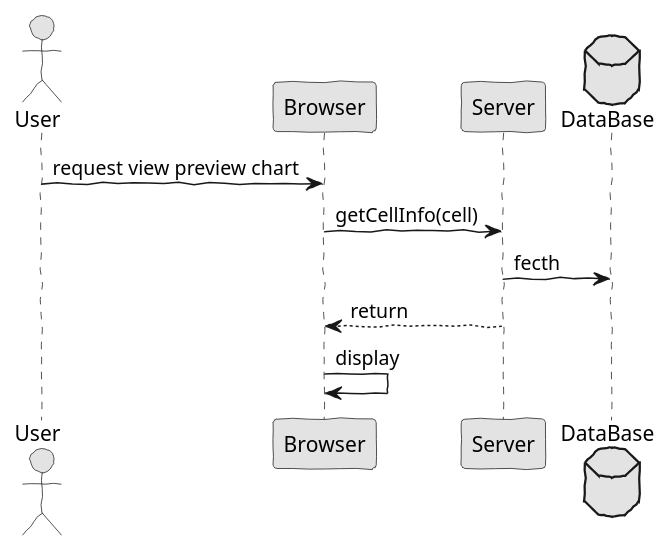
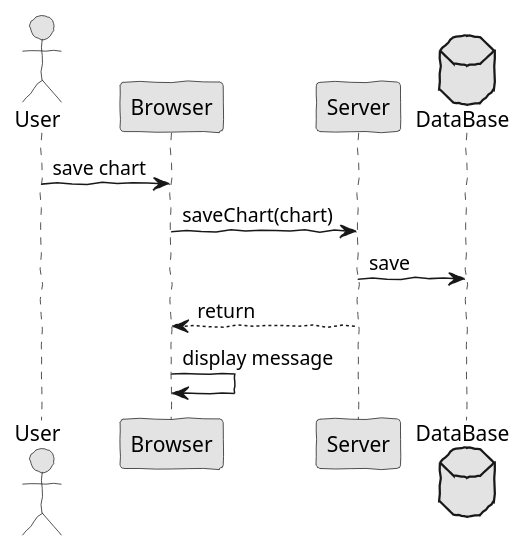
One commit to Fuel4us/EventManagingApp changed the diagram in docs/red/1160630/sp1/analysis2.puml. Above: the diagram before and after it, drawn with PlantUML. The commit also changed 11 other files, not shown here.

Commit message:
#10 Added a functional popup when a cell has a/various chart(s) associated; Added more information to de Analisys - GWT, Material design and DataBase;

```diff
--- a/docs/red/1160630/sp1/analysis2.puml
+++ b/docs/red/1160630/sp1/analysis2.puml
@@ -1,18 +1,18 @@
 @startuml  analysis2.png
 skinparam handwritten true
 skinparam monochrome true
 skinparam packageStyle rect
 skinparam defaultFontName FG Virgil
 skinparam shadowing false
 
 actor User
 
-User -> Browser : request view preview chart
-Browser -> Server : getCellInfo(cell)
+User -> Browser : save chart 
+Browser -> Server : saveChart(chart)
 database DataBase
-Server -> DataBase: fecth
+Server -> DataBase: save
 Server --> Browser : return
-Browser -> Browser : display
+Browser -> Browser : display message 
 
 
 @enduml
```
